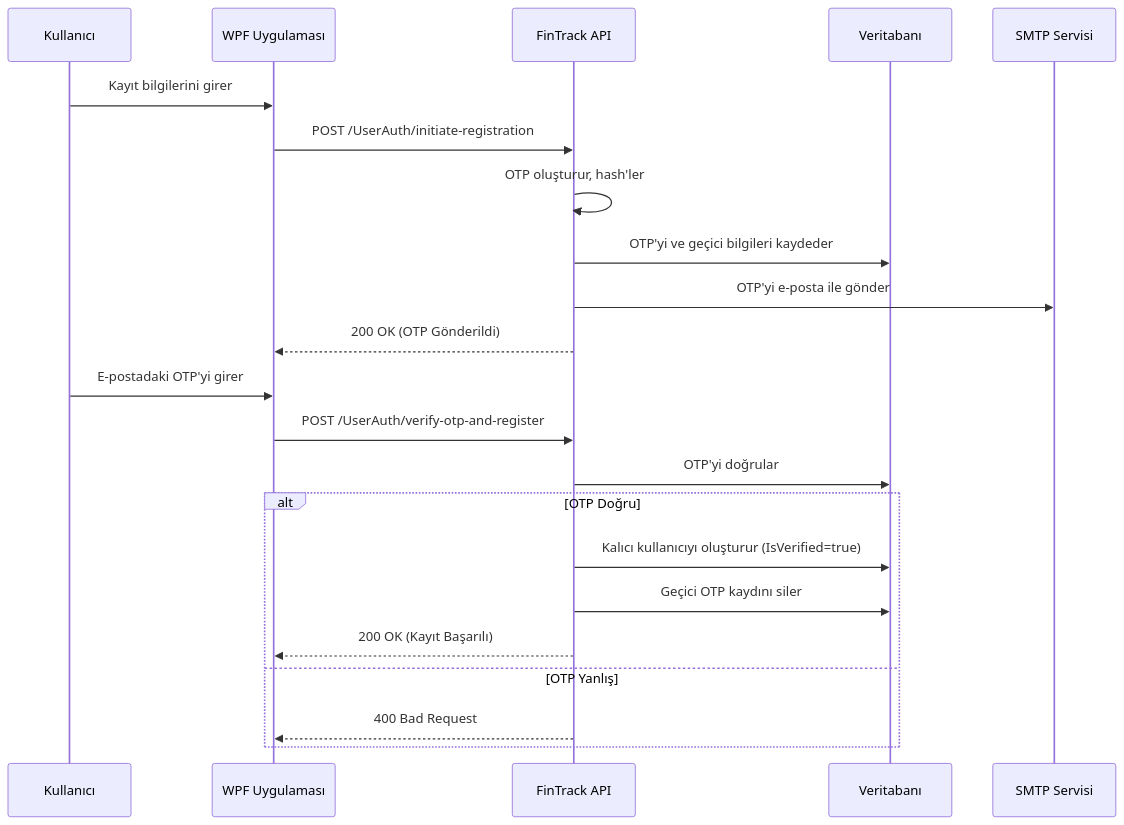
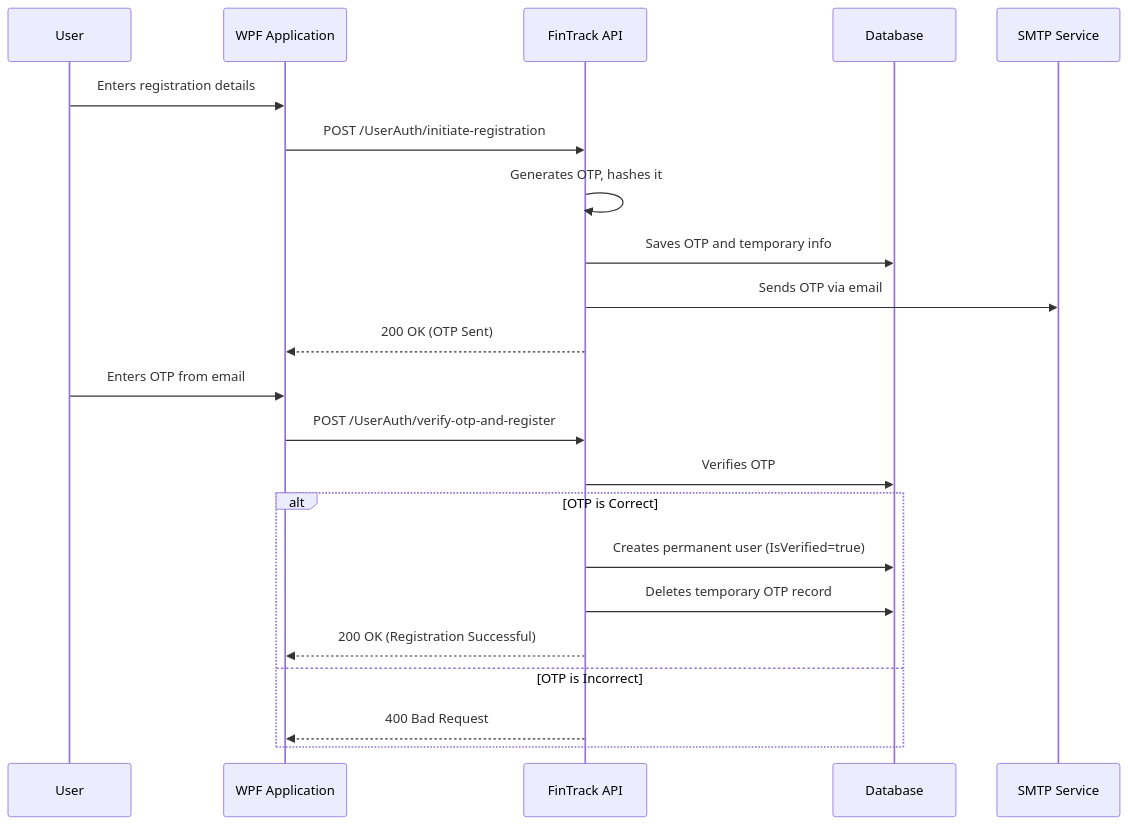
One commit to EnesEfeTokta/FinTrackWebApi changed the second of 4 diagrams in docs/ARCHITECTURE.md. Above: the diagram before and after it, drawn with Mermaid. The commit also changed other lines of this file and 12 other files, not shown here.

First line of the commit message:
refactor: Refactor registration flow and update documentation

````diff
--- a/docs/ARCHITECTURE.md
+++ b/docs/ARCHITECTURE.md
@@ -127,26 +127,26 @@
 ```mermaid
 sequenceDiagram
-    participant User as Kullanıcı
-    participant ClientApp as WPF Uygulaması
+    participant User
+    participant ClientApp as WPF Application
     participant API as FinTrack API
-    participant DB as Veritabanı
-    participant Email as SMTP Servisi
+    participant DB as Database
+    participant Email as SMTP Service
 
-    User->>ClientApp: Kayıt bilgilerini girer
+    User->>ClientApp: Enters registration details
     ClientApp->>API: POST /UserAuth/initiate-registration
-    API->>API: OTP oluşturur, hash'ler
-    API->>DB: OTP'yi ve geçici bilgileri kaydeder
-    API->>Email: OTP'yi e-posta ile gönder
-    API-->>ClientApp: 200 OK (OTP Gönderildi)
+    API->>API: Generates OTP, hashes it
+    API->>DB: Saves OTP and temporary info
+    API->>Email: Sends OTP via email
+    API-->>ClientApp: 200 OK (OTP Sent)
 
-    User->>ClientApp: E-postadaki OTP'yi girer
+    User->>ClientApp: Enters OTP from email
     ClientApp->>API: POST /UserAuth/verify-otp-and-register
-    API->>DB: OTP'yi doğrular
-    alt OTP Doğru
-        API->>DB: Kalıcı kullanıcıyı oluşturur (IsVerified=true)
-        API->>DB: Geçici OTP kaydını siler
-        API-->>ClientApp: 200 OK (Kayıt Başarılı)
-    else OTP Yanlış
+    API->>DB: Verifies OTP
+    alt OTP is Correct
+        API->>DB: Creates permanent user (IsVerified=true)
+        API->>DB: Deletes temporary OTP record
+        API-->>ClientApp: 200 OK (Registration Successful)
+    else OTP is Incorrect
         API-->>ClientApp: 400 Bad Request
     end
 ```
````
